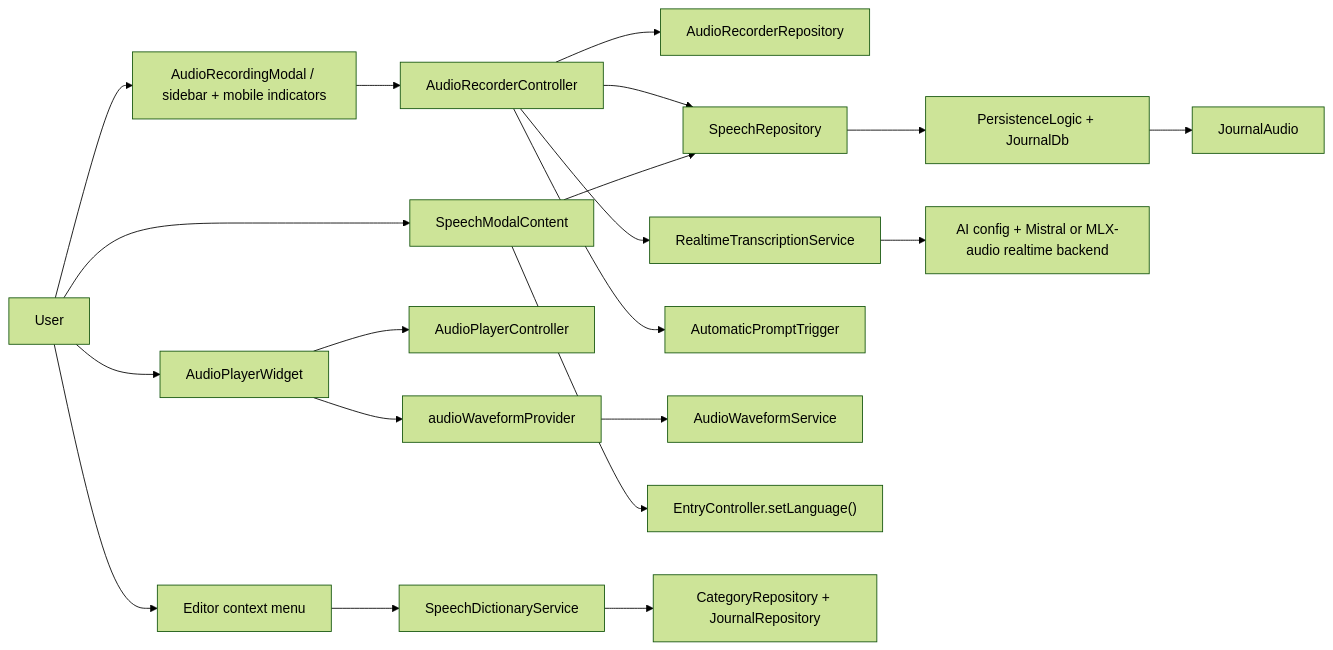
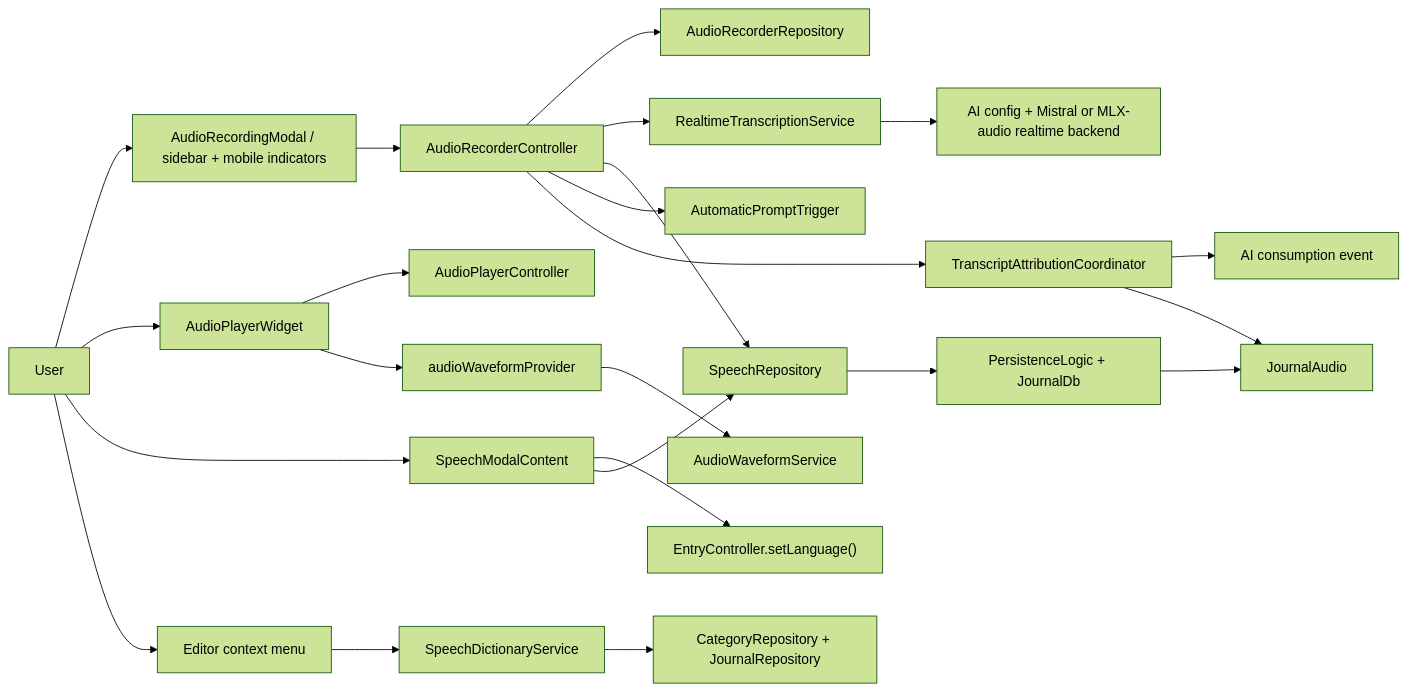
One commit to matthiasn/lotti changed the first of 5 diagrams in lib/features/speech/README.md. Above: the diagram before and after it, drawn with Mermaid (forest theme). The commit also changed other lines of this file and 160 other files, not shown here.

Commit message:
feat: add AI consumption attribution (#3524)

````diff
--- a/lib/features/speech/README.md
+++ b/lib/features/speech/README.md
@@ -32,26 +32,29 @@
 ```mermaid
 flowchart LR
   User["User"] --> RecordingUI["AudioRecordingModal / sidebar + mobile indicators"]
   User --> PlaybackUI["AudioPlayerWidget"]
   User --> TranscriptUI["SpeechModalContent"]
   User --> EditorUI["Editor context menu"]
 
   RecordingUI --> RecorderCtl["AudioRecorderController"]
   RecorderCtl --> RecorderRepo["AudioRecorderRepository"]
   RecorderCtl --> RtTx["RealtimeTranscriptionService"]
   RecorderCtl --> SpeechRepo["SpeechRepository"]
   RecorderCtl --> AutoPrompt["AutomaticPromptTrigger"]
+  RecorderCtl --> Attribution["TranscriptAttributionCoordinator"]
+  Attribution --> Consumption["AI consumption event"]
 
   PlaybackUI --> PlayerCtl["AudioPlayerController"]
   PlaybackUI --> WaveformProvider["audioWaveformProvider"]
   WaveformProvider --> WaveformSvc["AudioWaveformService"]
 
   TranscriptUI --> EntryCtl["EntryController.setLanguage()"]
   TranscriptUI --> SpeechRepo
   EditorUI --> DictSvc["SpeechDictionaryService"]
 
   SpeechRepo --> Persist["PersistenceLogic + JournalDb"]
   DictSvc --> CategoryRepo["CategoryRepository + JournalRepository"]
   RtTx --> AiConfig["AI config + Mistral or MLX-audio realtime backend"]
   Persist --> JournalAudio["JournalAudio"]
+  Attribution --> JournalAudio
 ```
````
